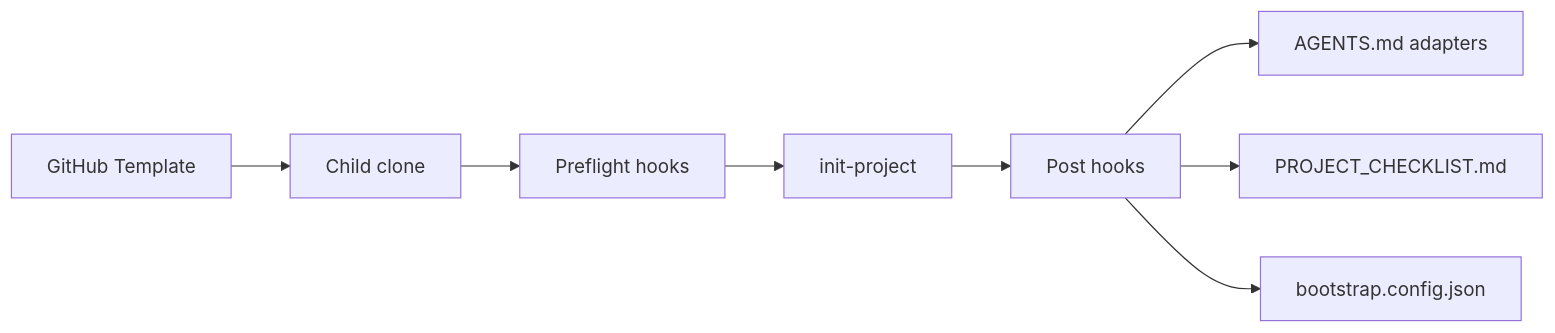
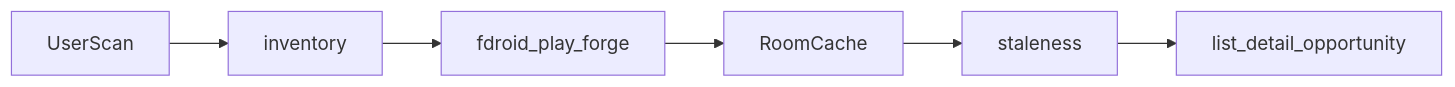
The diagram in docs/spec.md (edwardlthompson/DevPulse), drawn with Mermaid before and after one commit. The commit also changed other lines of this file and 371 other files, not shown here.

````diff
--- a/docs/spec.md
+++ b/docs/spec.md
@@ -30,10 +140,9 @@
 ```mermaid
 flowchart LR
-  Template[GitHub Template] --> Clone[Child clone]
-  Clone --> Pre[Preflight hooks]
-  Pre --> Init[init-project]
-  Init --> Post[Post hooks]
-  Post --> Agents[AGENTS.md adapters]
-  Post --> Check[PROJECT_CHECKLIST.md]
-  Post --> Manifest[bootstrap.config.json]
+  UserScan[UserScan] --> Inventory[inventory]
+  Inventory --> Indexes[fdroid_play_forge]
+  Indexes --> Cache[RoomCache]
+  Cache --> Staleness[staleness]
+  Staleness --> Readers[list_detail_opportunity]
+
 ```
````
